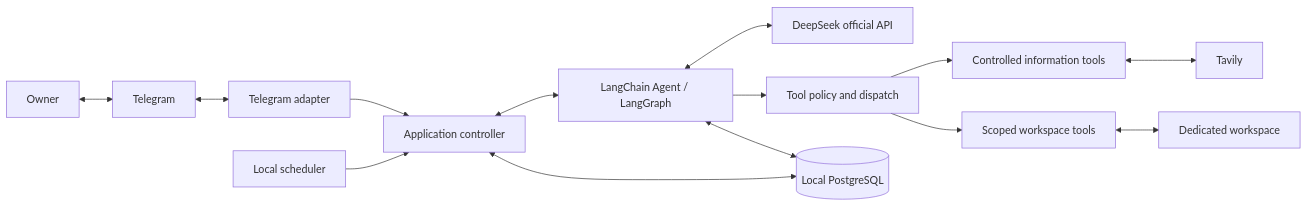
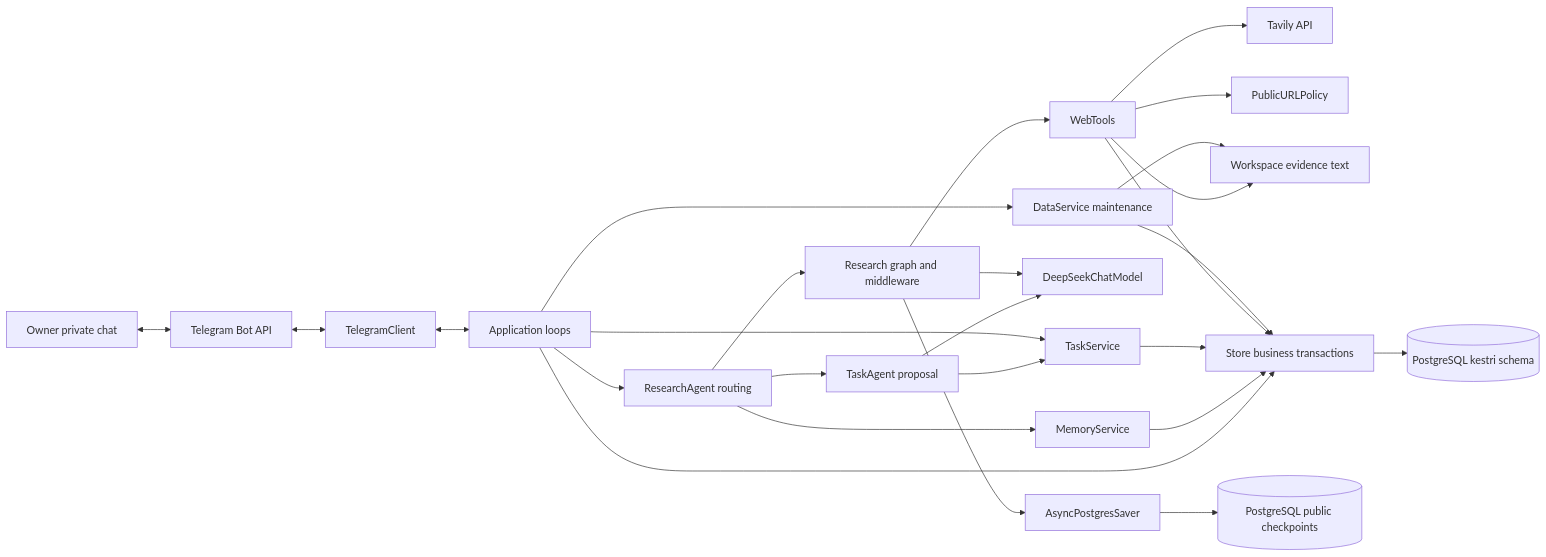
Before and after one commit to jslee124/kestri: the first of 2 diagrams in docs/design/architecture.md, drawn with Mermaid. The commit also changed other lines of this file and 62 other files, not shown here.

````diff
--- a/docs/design/architecture.md
+++ b/docs/design/architecture.md
@@ -11,16 +13,28 @@
 ```mermaid
 flowchart LR
-    U[Owner] <--> T[Telegram]
-    T <--> A[Telegram adapter]
-    A --> C[Application controller]
-    S[Local scheduler] --> C
-    C <--> R[LangChain Agent / LangGraph]
-    R <--> M[DeepSeek official API]
-    R --> P[Tool policy and dispatch]
-    P --> W[Controlled information tools]
-    W <--> V[Tavily]
-    P --> F[Scoped workspace tools]
-    F <--> D[Dedicated workspace]
-    C <--> DB[(Local PostgreSQL)]
-    R <--> DB
+    Owner[Owner private chat] <--> Telegram[Telegram Bot API]
+    Telegram <--> Adapter[TelegramClient]
+    Adapter <--> App[Application loops]
+    App --> Research[ResearchAgent routing]
+    Research --> Memory[MemoryService]
+    Research --> TaskAgent[TaskAgent proposal]
+    TaskAgent --> Tasks[TaskService]
+    App --> Tasks
+    Research --> Graph[Research graph and middleware]
+    TaskAgent --> Model[DeepSeekChatModel]
+    Graph --> Model
+    Graph --> Tools[WebTools]
+    Tools --> Tavily[Tavily API]
+    Tools --> URL[PublicURLPolicy]
+    Tools --> Files[Workspace evidence text]
+    App --> Store[Store business transactions]
+    Memory --> Store
+    Tasks --> Store
+    Tools --> Store
+    Graph --> Saver[AsyncPostgresSaver]
+    Store --> DB[(PostgreSQL kestri schema)]
+    Saver --> Checkpoints[(PostgreSQL public checkpoints)]
+    App --> Data[DataService maintenance]
+    Data --> Store
+    Data --> Files
 ```
````
